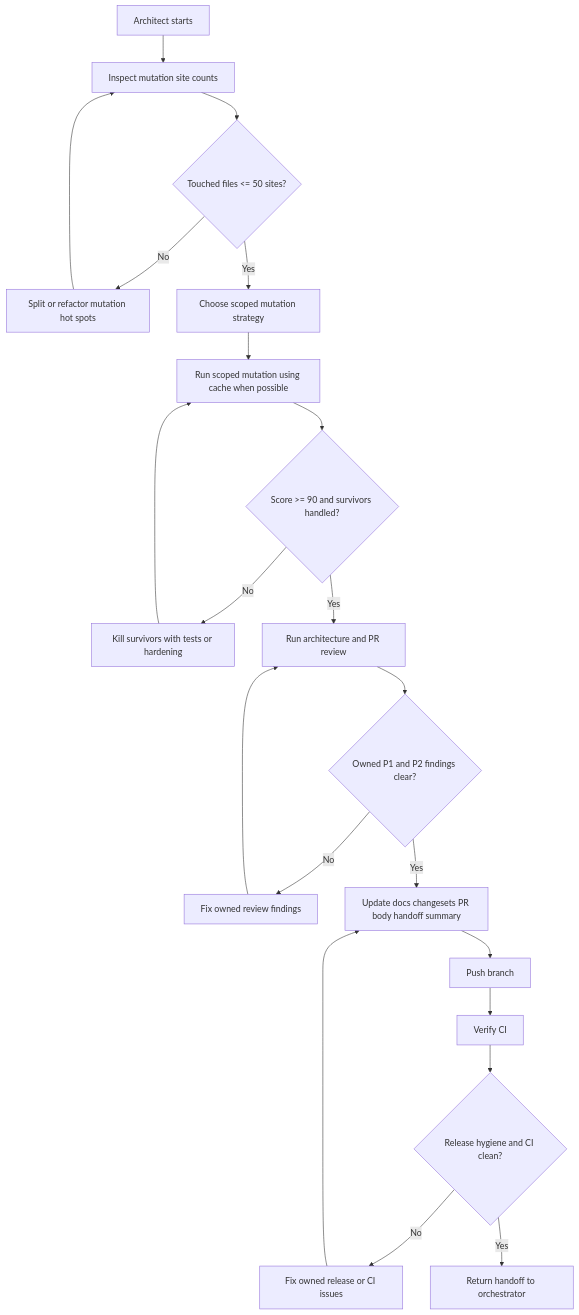
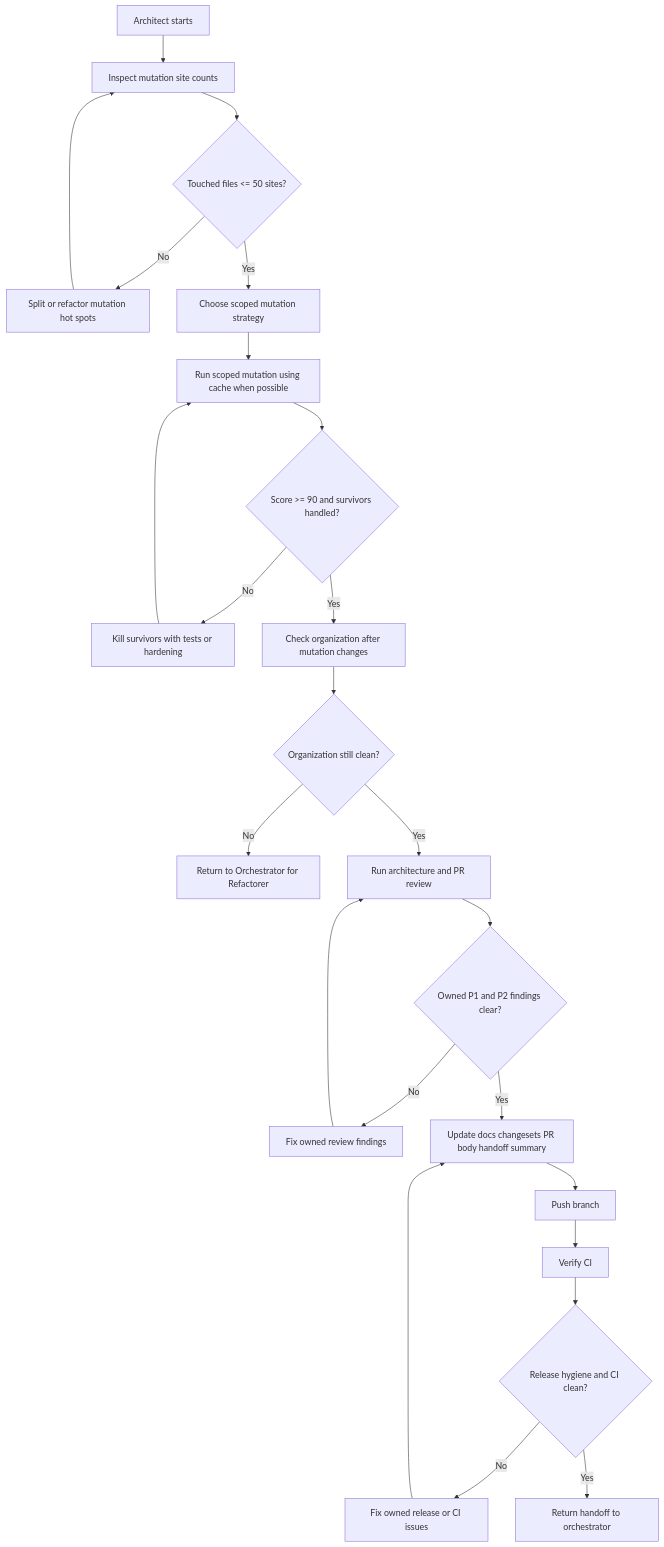
Before and after one commit to joesobo/CodeGraphyV4: the diagram in docs/agents/loops/architect.md, drawn with Mermaid. The commit also changed other lines of this file and 5 other files, not shown here.

````diff
--- a/docs/agents/loops/architect.md
+++ b/docs/agents/loops/architect.md
@@ -39,23 +40,26 @@
 ```mermaid
 flowchart TD
     Start["Architect starts"] --> SiteRun["Inspect mutation site counts"]
     SiteRun --> SiteClean{"Touched files <= 50 sites?"}
     SiteClean -->|No| SiteFix["Split or refactor mutation hot spots"]
     SiteFix --> SiteRun
     SiteClean -->|Yes| MutPlan["Choose scoped mutation strategy"]
     MutPlan --> MutRun["Run scoped mutation using cache when possible"]
     MutRun --> MutClean{"Score >= 90 and survivors handled?"}
     MutClean -->|No| MutFix["Kill survivors with tests or hardening"]
     MutFix --> MutRun
-    MutClean -->|Yes| ReviewRun["Run architecture and PR review"]
+    MutClean -->|Yes| OrgCheck["Check organization after mutation changes"]
+    OrgCheck --> OrgClean{"Organization still clean?"}
+    OrgClean -->|No| OrgRoute["Return to Orchestrator for Refactorer"]
+    OrgClean -->|Yes| ReviewRun["Run architecture and PR review"]
     ReviewRun --> ReviewClean{"Owned P1 and P2 findings clear?"}
     ReviewClean -->|No| ReviewFix["Fix owned review findings"]
     ReviewFix --> ReviewRun
     ReviewClean -->|Yes| Hygiene["Update docs changesets PR body handoff summary"]
     Hygiene --> Push["Push branch"]
     Push --> CI["Verify CI"]
     CI --> ReleaseClean{"Release hygiene and CI clean?"}
     ReleaseClean -->|No| ReleaseFix["Fix owned release or CI issues"]
     ReleaseFix --> Hygiene
     ReleaseClean -->|Yes| Done["Return handoff to orchestrator"]
 ```
````
